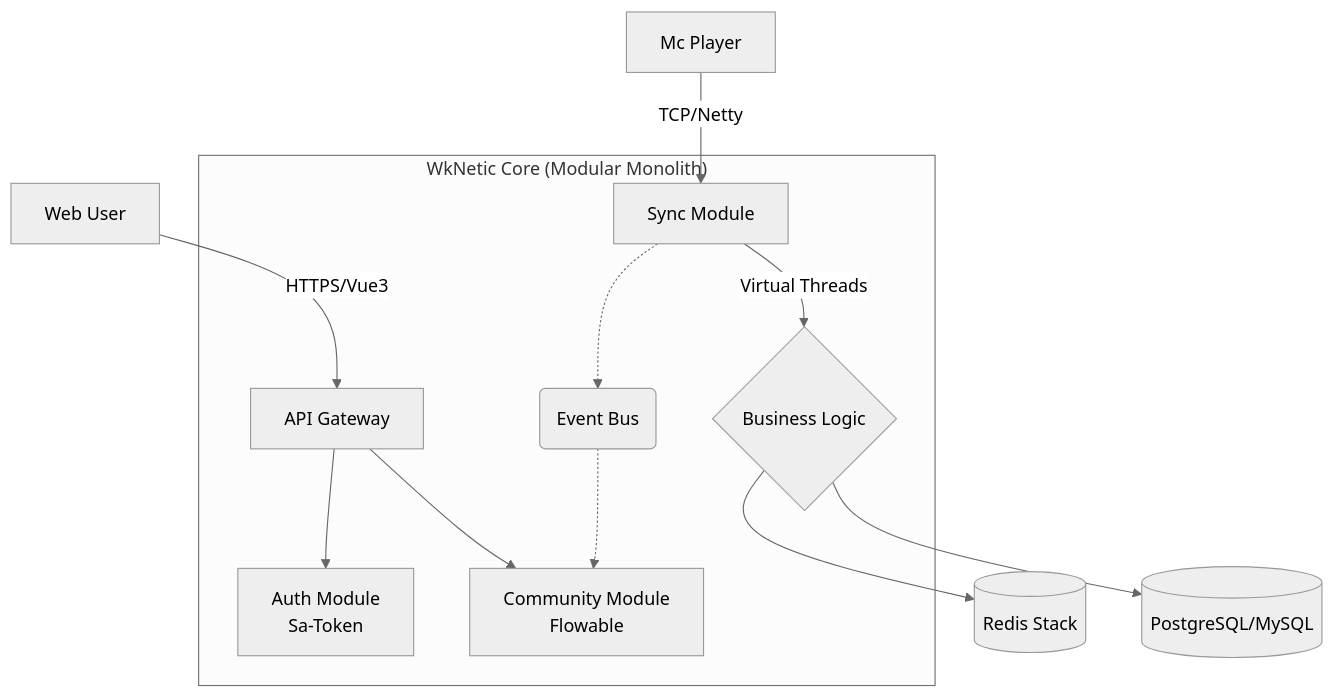
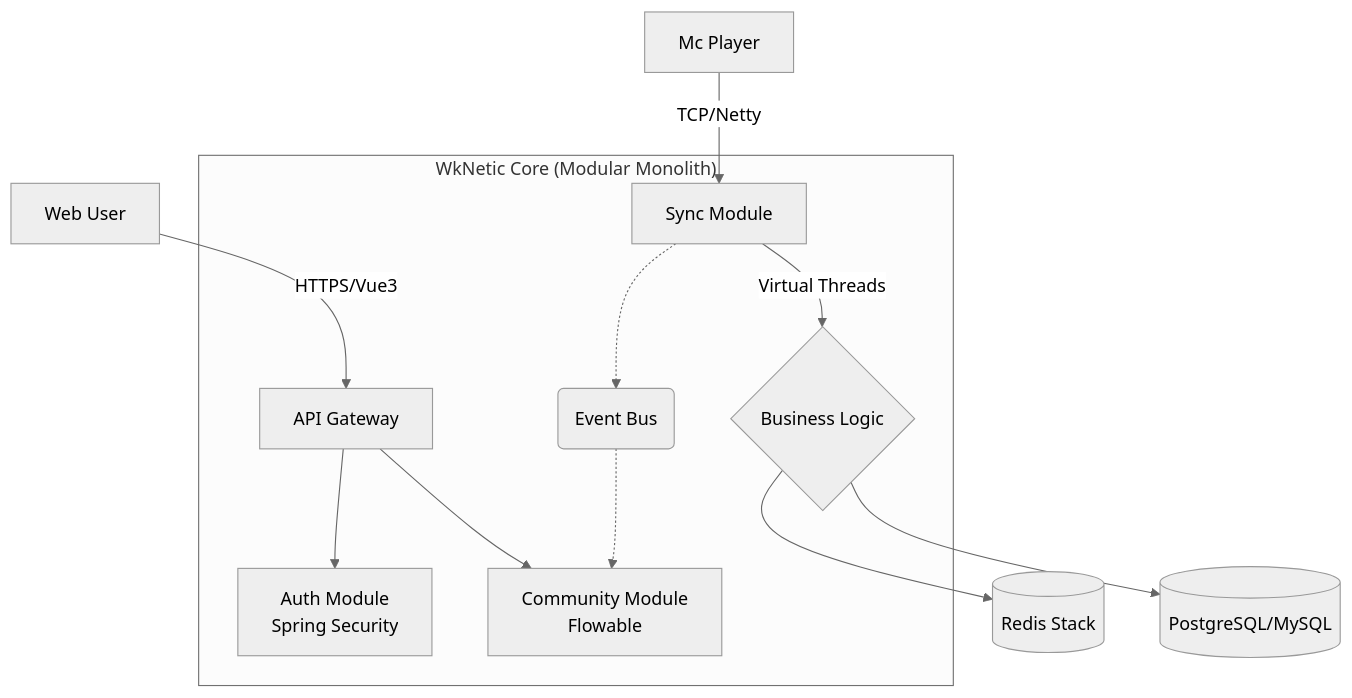
Before and after one commit to WekyJay/WkNetic: the diagram in README.md, drawn with Mermaid (neutral theme). The commit also changed other lines of this file and 7 other files, not shown here.

````diff
--- a/README.md
+++ b/README.md
@@ -38,17 +37,17 @@
 ```mermaid
 graph TD
     User[Web User] -- HTTPS/Vue3 --> Gateway[API Gateway]
     Player[Mc Player] -- TCP/Netty --> Sync[Sync Module]
     
     subgraph "WkNetic Core (Modular Monolith)"
-        Gateway --> Auth[Auth Module <br> Sa-Token]
+        Gateway --> Auth[Auth Module <br> Spring Security]
         Gateway --> Community[Community Module <br> Flowable]
         Sync -.-> Bus(Event Bus)
         Bus -.-> Community
         
         Sync -- Virtual Threads --> Logic{Business Logic}
     end
     
     Logic --> Redis[(Redis Stack)]
     Logic --> DB[(PostgreSQL/MySQL)]
 ```
````
